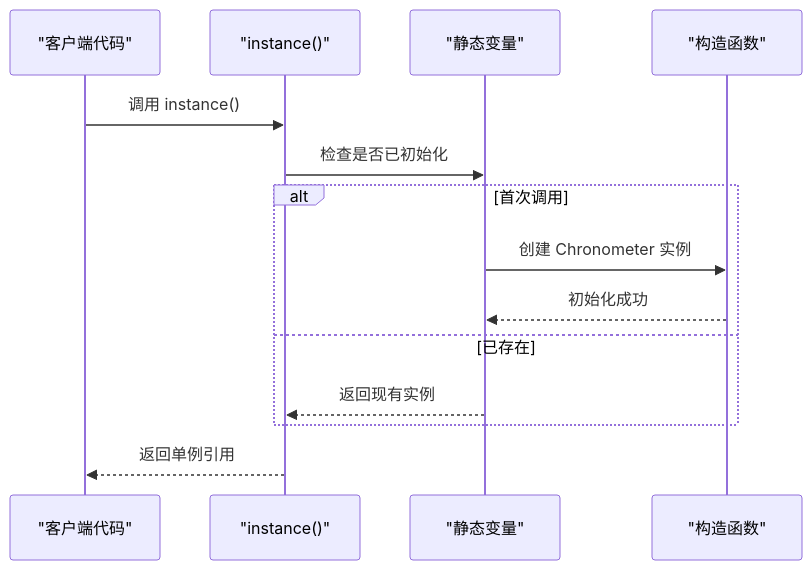
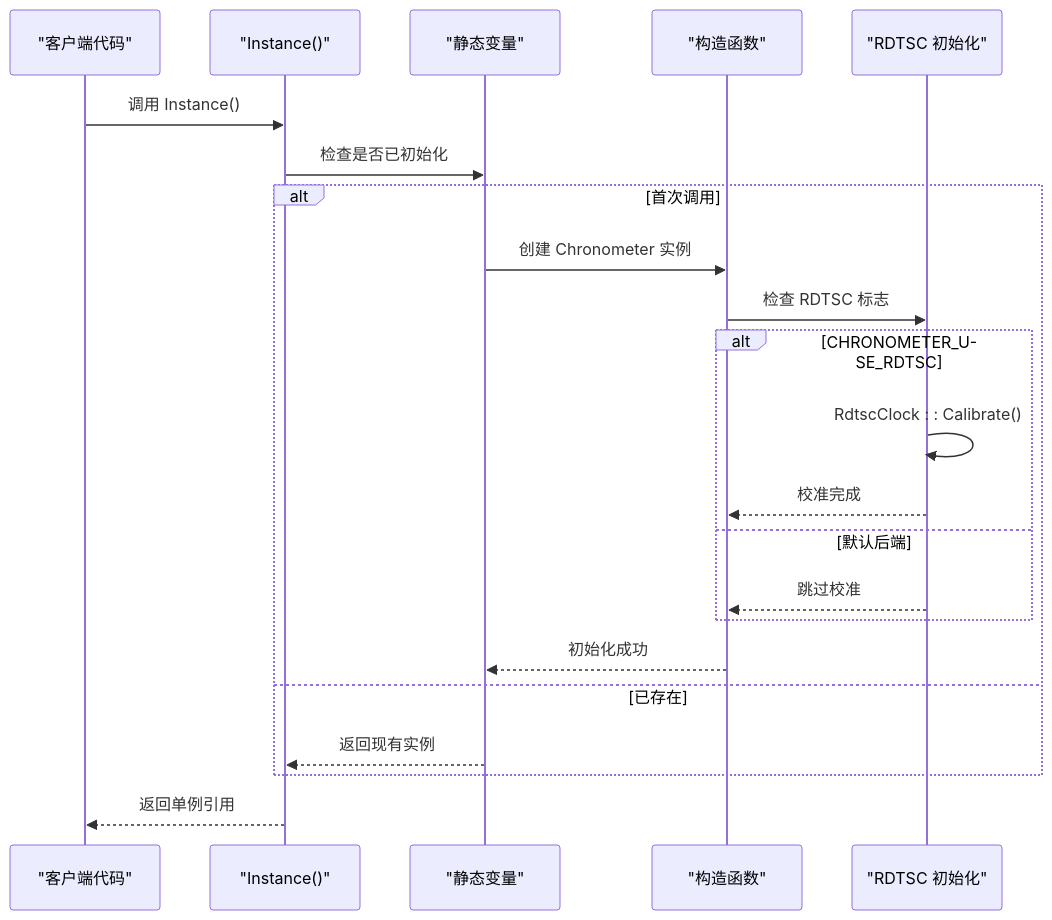
The fourth of 20 diagrams in .qoder/repowiki/zh/content/实现细节/实现细节.md (xuetianhao98/chronometer), drawn with Mermaid before and after one commit. The commit also changed other lines of this file and 12 other files, not shown here.

````diff
--- a/.qoder/repowiki/zh/content/实现细节/实现细节.md
+++ b/.qoder/repowiki/zh/content/实现细节/实现细节.md
@@ -171,16 +209,24 @@
 ```mermaid
 sequenceDiagram
 participant Client as "客户端代码"
-participant Instance as "instance()"
+participant Instance as "Instance()"
 participant StaticVar as "静态变量"
 participant Constructor as "构造函数"
-Client->>Instance : 调用 instance()
+participant RdtscInit as "RDTSC 初始化"
+Client->>Instance : 调用 Instance()
 Instance->>StaticVar : 检查是否已初始化
 alt 首次调用
 StaticVar->>Constructor : 创建 Chronometer 实例
+Constructor->>RdtscInit : 检查 RDTSC 标志
+alt CHRONOMETER_USE_RDTSC
+RdtscInit->>RdtscInit : RdtscClock : : Calibrate()
+RdtscInit-->>Constructor : 校准完成
+else 默认后端
+RdtscInit-->>Constructor : 跳过校准
+end
 Constructor-->>StaticVar : 初始化成功
 else 已存在
 StaticVar-->>Instance : 返回现有实例
 end
 Instance-->>Client : 返回单例引用
 ```
````
